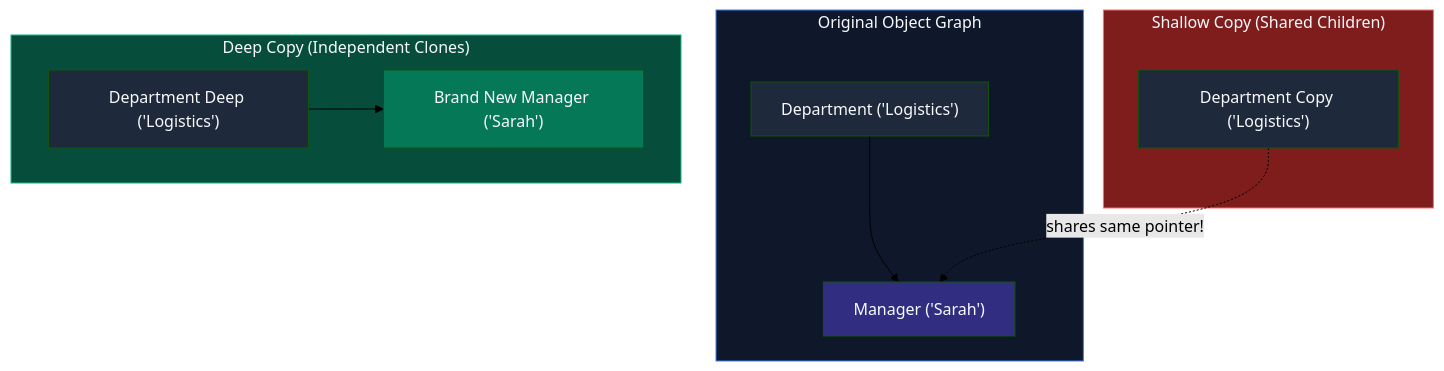
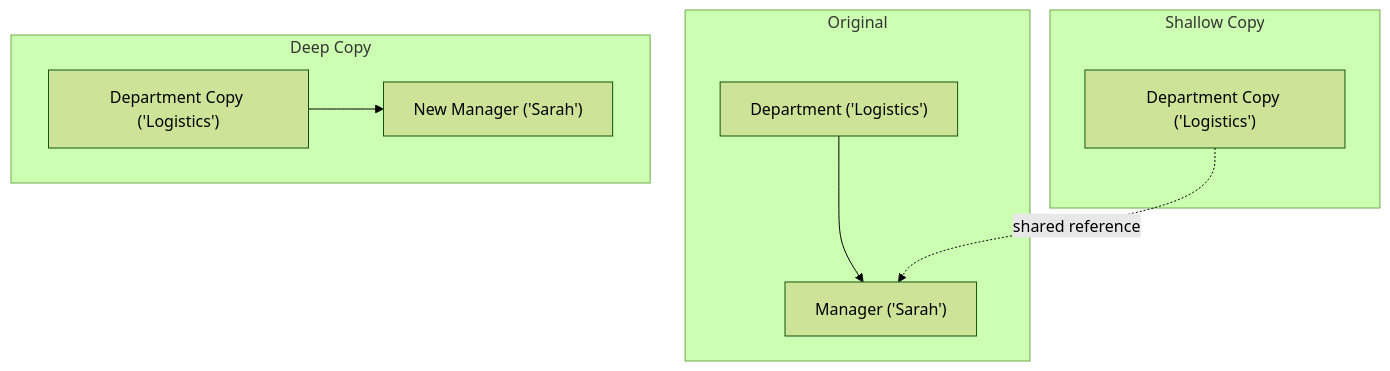
Before and after one commit to ravishankar2463/java_hub: the second of 2 diagrams in content/roadmap/level-1/memory-references-copying.md, drawn with Mermaid (forest theme). The commit also changed other lines of this file and 119 other files, not shown here.

Commit message:
feat: add comprehensive java learning roadmap content across multiple levels

````diff
--- a/content/roadmap/level-1/memory-references-copying.md
+++ b/content/roadmap/level-1/memory-references-copying.md
@@ -118,23 +131,14 @@
 ```mermaid
 flowchart TD
-    subgraph OriginalGraph ["Original Object Graph"]
-        Dept1["Department ('Logistics')"] --> Mgr1["Manager ('Sarah')"]
+    subgraph origGraph ["Original"]
+        d1["Department ('Logistics')"] --> m1["Manager ('Sarah')"]
     end
 
-    subgraph ShallowGraph ["Shallow Copy (Shared Children)"]
-        Dept2["Department Copy ('Logistics')"] -.->|"shares same pointer!"| Mgr1
+    subgraph shallowGraph ["Shallow Copy"]
+        d2["Department Copy ('Logistics')"] -.->|"shared reference"| m1
     end
 
-    subgraph DeepGraph ["Deep Copy (Independent Clones)"]
-        Dept3["Department Deep ('Logistics')"] --> Mgr3["Brand New Manager ('Sarah')"]
+    subgraph deepGraph ["Deep Copy"]
+        d3["Department Copy ('Logistics')"] --> m3["New Manager ('Sarah')"]
     end
-
-    style OriginalGraph fill:#0f172a,stroke:#3b82f6,color:#f8fafc
-    style ShallowGraph fill:#7f1d1d,stroke:#f87171,color:#f8fafc
-    style DeepGraph fill:#064e3b,stroke:#10b981,color:#f8fafc
-    style Dept1 fill:#1e293b,color:#f8fafc
-    style Mgr1 fill:#312e81,color:#f8fafc
-    style Dept2 fill:#1e293b,color:#f8fafc
-    style Dept3 fill:#1e293b,color:#f8fafc
-    style Mgr3 fill:#047857,color:#f8fafc
 ```
````
